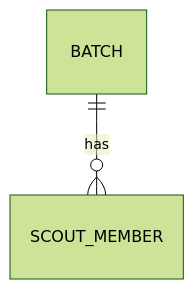
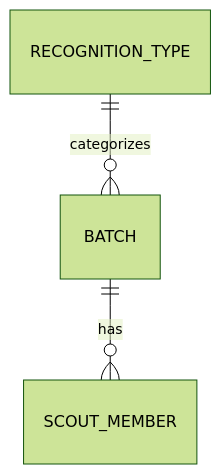
Before and after one commit to MiguelCiav/chil: the diagram in docs/agent_docs/CONTEXT.md, drawn with Mermaid (forest theme). The commit also changed other lines of this file and 33 other files, not shown here.

````diff
--- a/docs/agent_docs/CONTEXT.md
+++ b/docs/agent_docs/CONTEXT.md
@@ -37,4 +43,5 @@
 ```mermaid
 erDiagram
     BATCH ||--o{ SCOUT_MEMBER : has
+    RECOGNITION_TYPE ||--o{ BATCH : categorizes
 ```
````
